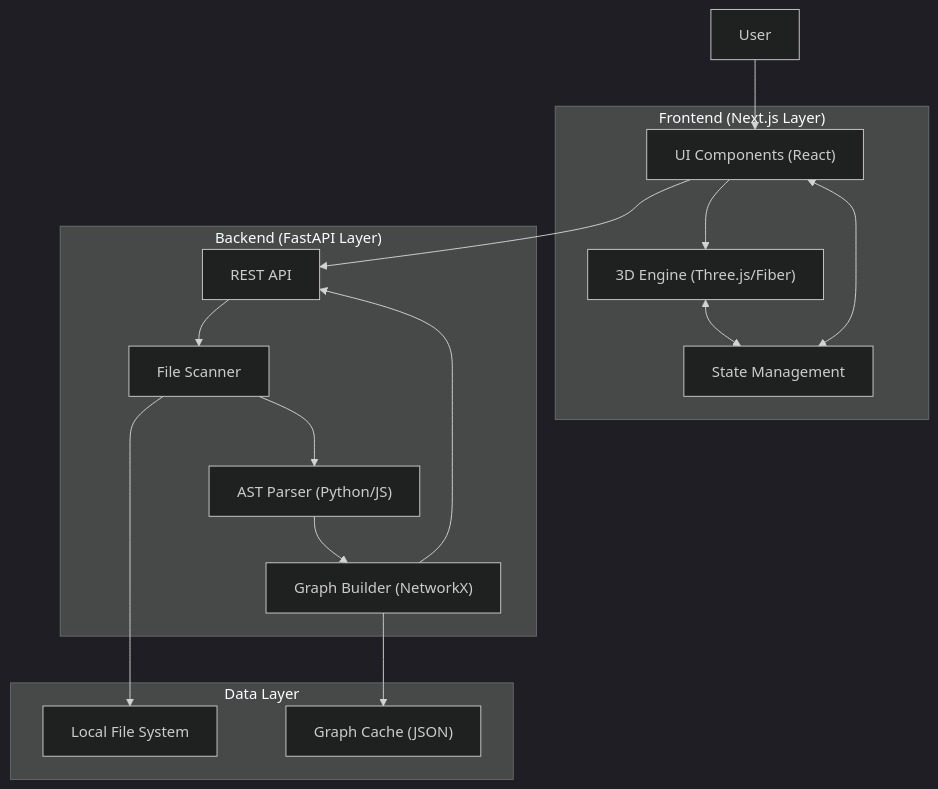
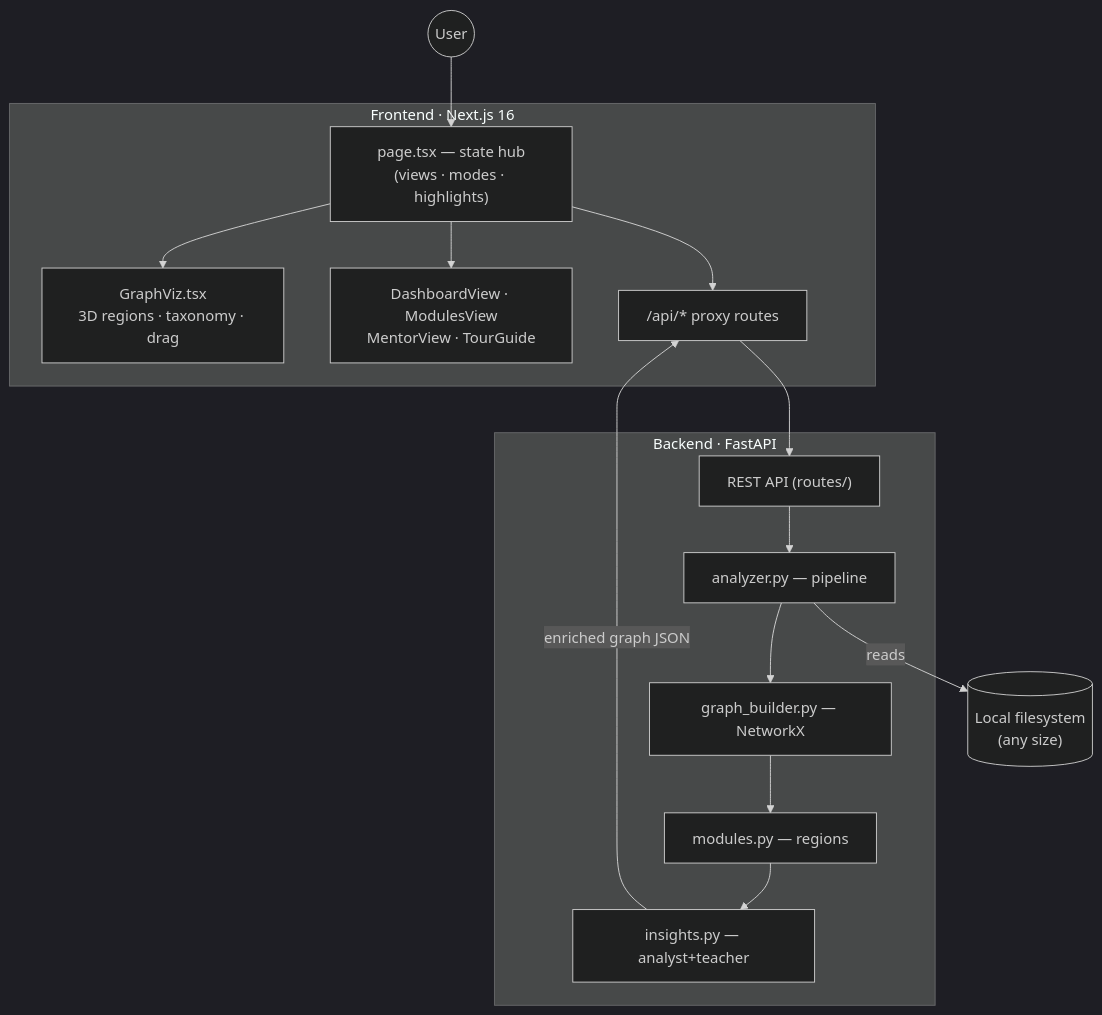
Before and after one commit to MerariJafet/codigo-gps: the first of 2 diagrams in docs/ARCHITECTURE.md, drawn with Mermaid (dark theme). The commit also changed other lines of this file and 10 other files, not shown here.

````diff
--- a/docs/ARCHITECTURE.md
+++ b/docs/ARCHITECTURE.md
@@ -9,33 +9,22 @@
 ```mermaid
-graph TB
-    subgraph Frontend ["Frontend (Next.js Layer)"]
-        UI["UI Components (React)"]
-        Viz["3D Engine (Three.js/Fiber)"]
-        Store["State Management"]
+flowchart TB
+    subgraph FE["Frontend · Next.js 16"]
+        Page["page.tsx — state hub\n(views · modes · highlights)"]
+        GV["GraphViz.tsx\n3D regions · taxonomy · drag"]
+        Views["DashboardView · ModulesView\nMentorView · TourGuide"]
+        Proxy["/api/* proxy routes"]
     end
-
-    subgraph Backend ["Backend (FastAPI Layer)"]
-        API["REST API"]
-        Scanner["File Scanner"]
-        Parser["AST Parser (Python/JS)"]
-        GB["Graph Builder (NetworkX)"]
+    subgraph BE["Backend · FastAPI"]
+        API["REST API (routes/)"]
+        AN["analyzer.py — pipeline"]
+        MOD["modules.py — regions"]
+        INS["insights.py — analyst+teacher"]
+        GB["graph_builder.py — NetworkX"]
     end
-
-    subgraph Data ["Data Layer"]
-        FS["Local File System"]
-        Cache["Graph Cache (JSON)"]
-    end
-
-    User --> UI
-    UI --> Viz
-    Viz <--> Store
-    UI <--> Store
-    
-    UI --> API
-    API --> Scanner
-    Scanner --> FS
-    Scanner --> Parser
-    Parser --> GB
-    GB --> Cache
-    GB --> API
+    User((User)) --> Page
+    Page --> GV & Views
+    Page --> Proxy --> API --> AN
+    AN --> GB --> MOD --> INS
+    INS -->|"enriched graph JSON"| Proxy
+    AN -->|reads| FS[("Local filesystem\n(any size)")]
 ```
````
